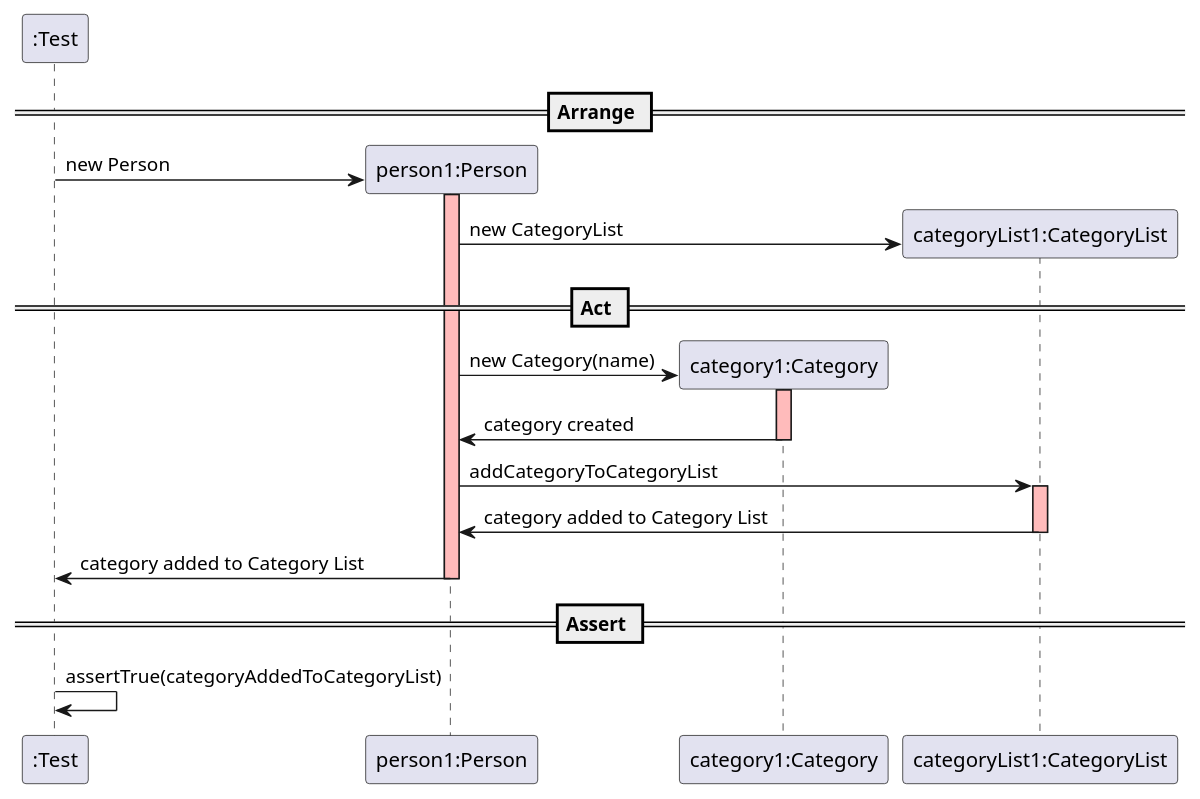
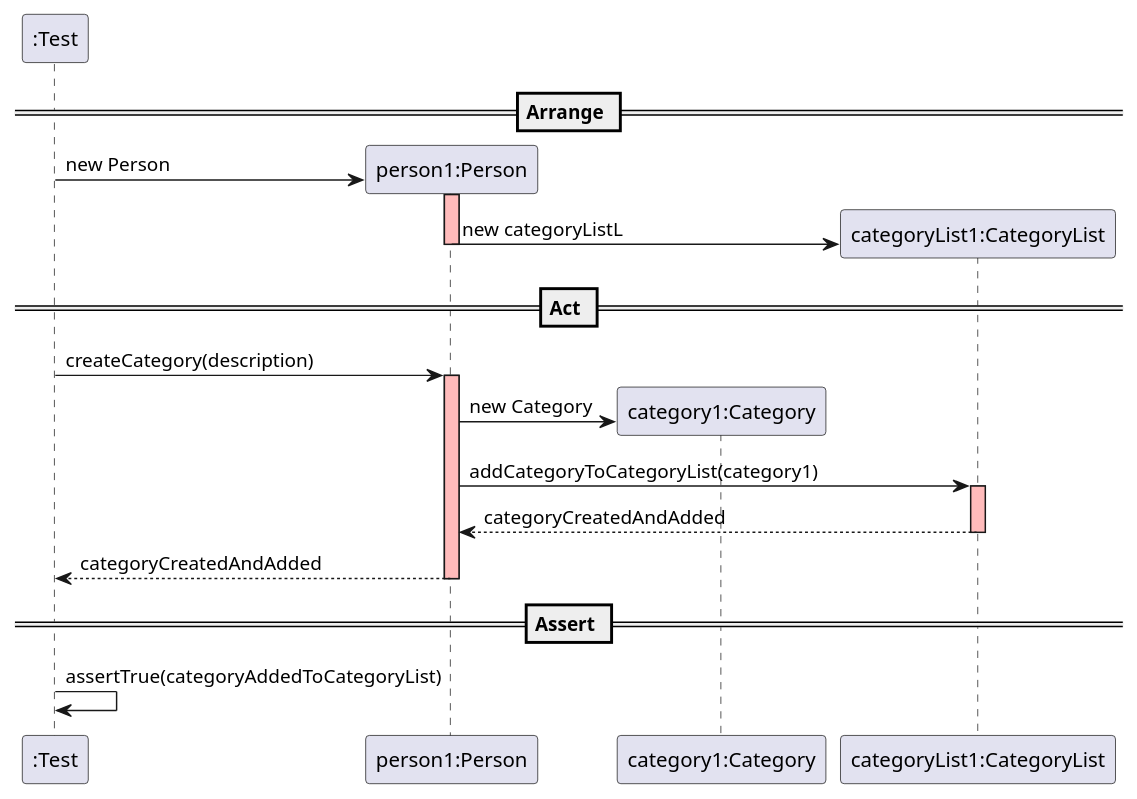
One commit to mleitaoribeiro/DevOpsMaven changed the diagram in docs/SequenceDiagram - UserStory5.puml. Above: the diagram before and after it, drawn with PlantUML.

Commit message:
Ref #287 Update Sequence Diagram of US5

```diff
--- a/docs/SequenceDiagram - UserStory5.puml
+++ b/docs/SequenceDiagram - UserStory5.puml
@@ -1,35 +1,38 @@
 @startuml
 
 create ":Test"
 
 == Arrange ==
 
 create "person1:Person"
 ":Test" -> "person1:Person" : new Person
 activate "person1:Person" #FFBBBB
+
 create "category1:Category"
 create "categoryList1:CategoryList"
 
-"person1:Person" -> "categoryList1:CategoryList" : new CategoryList
-deactivate "categoryList1:CategoryList"
-
-
+"person1:Person" -> "categoryList1:CategoryList" : new categoryListL
+deactivate "person1:Person" #FFBBBB
 
 == Act ==
+
+":Test" -> "person1:Person" : createCategory(description)
+activate "person1:Person" #FFBBBB
+
 create "category1:Category"
-"person1:Person" -> "category1:Category" : new Category(name)
-activate "category1:Category" #FFBBBB
-"category1:Category" -> "person1:Person" : category created
-deactivate "category1:Category"
+"person1:Person" -> "category1:Category" : new Category
 
-"person1:Person" -> "categoryList1:CategoryList" : addCategoryToCategoryList
+"person1:Person" -> "categoryList1:CategoryList" : addCategoryToCategoryList(category1)
 activate "categoryList1:CategoryList" #FFBBBB
-"categoryList1:CategoryList" -> "person1:Person" : category added to Category List
-deactivate "categoryList1:CategoryList"
-"person1:Person" -> ":Test" : category added to Category List
-deactivate "person1:Person"
+
+"categoryList1:CategoryList" --> "person1:Person" : categoryCreatedAndAdded
+deactivate "categoryList1:CategoryList" #FFBBBB
+
+"person1:Person" --> ":Test" : categoryCreatedAndAdded
+deactivate "person1:Person" #FFBBBB
+
 == Assert ==
 
 ":Test" -> ":Test" : assertTrue(categoryAddedToCategoryList)
 
 @enduml
```
